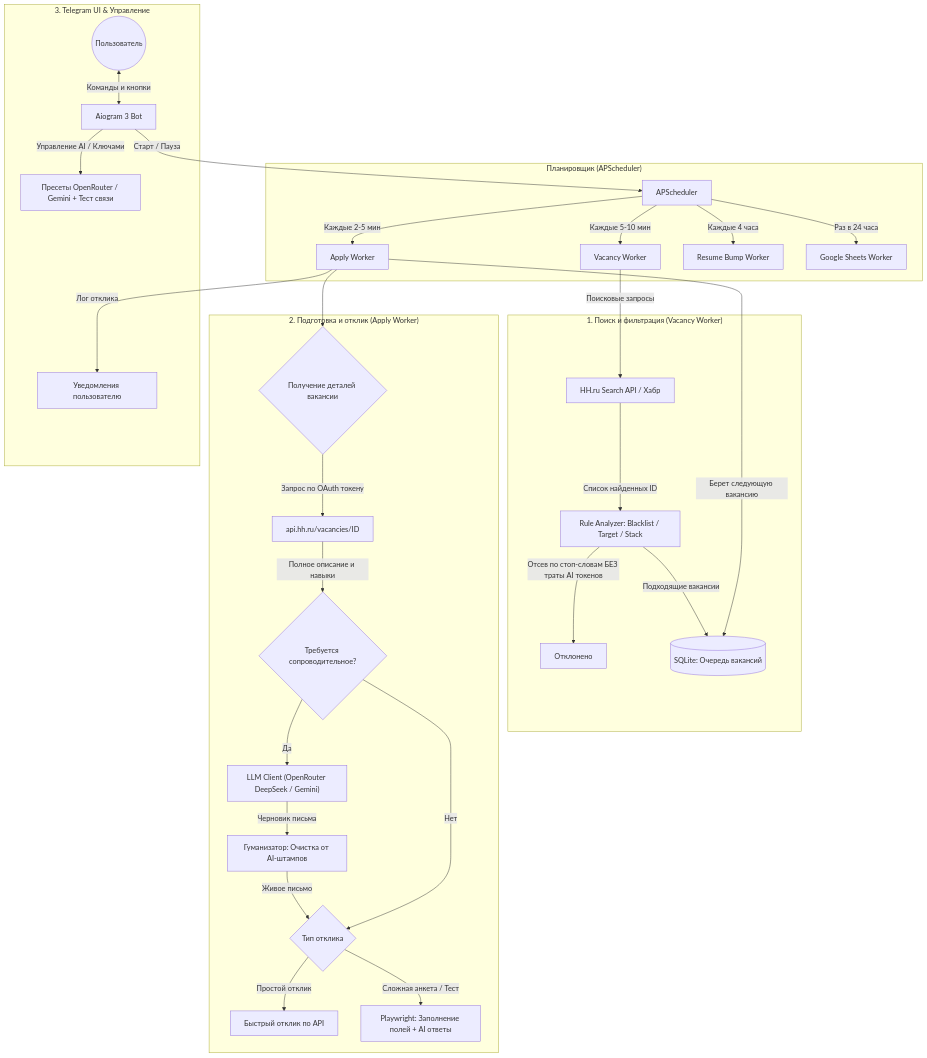
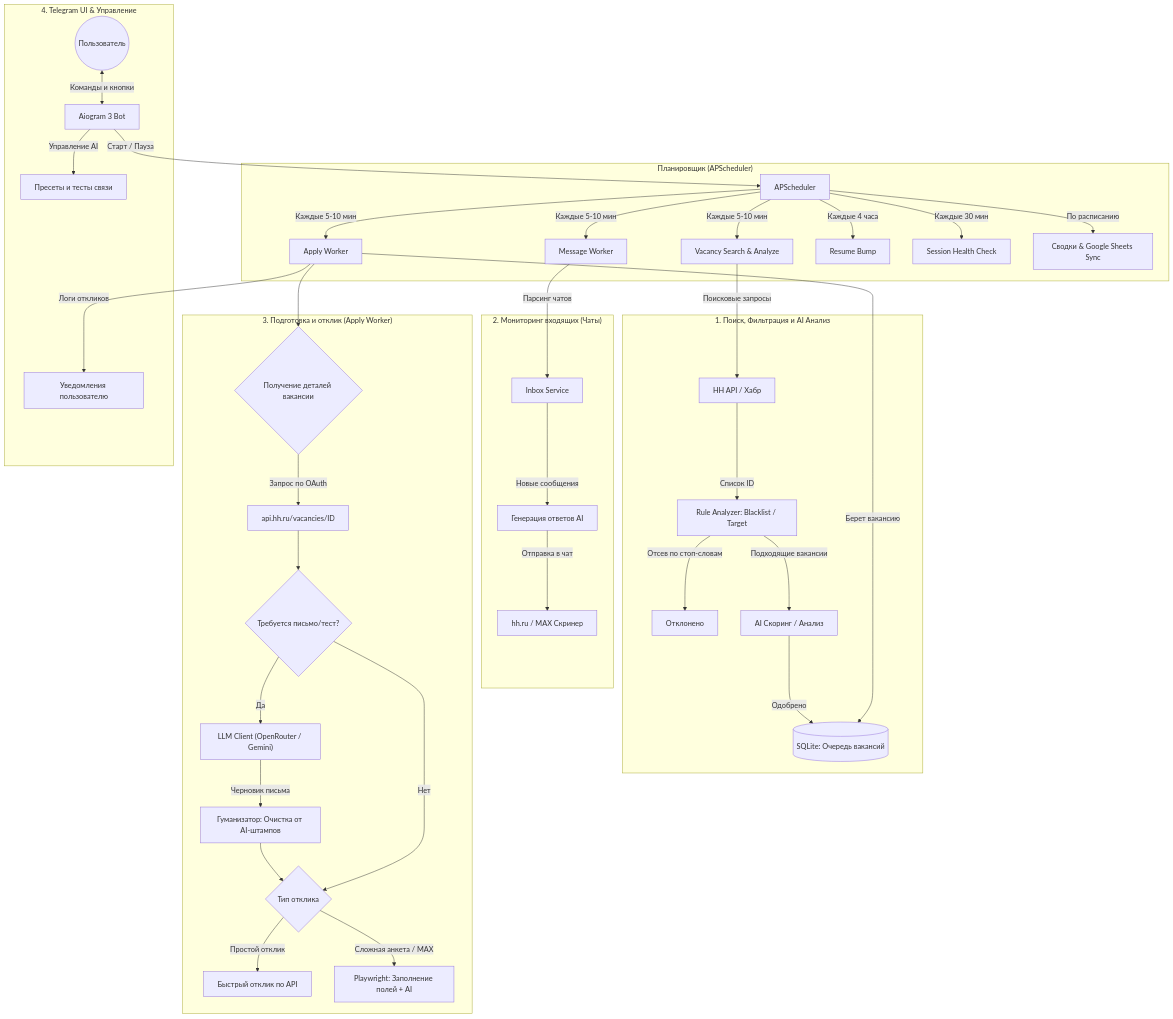
The diagram in ARCHITECTURE.md (silentl0tus/hhbot_autoresponder), drawn with Mermaid before and after one commit. The commit also changed other lines of this file and 10 other files, not shown here.

````diff
--- a/ARCHITECTURE.md
+++ b/ARCHITECTURE.md
@@ -32,38 +33,47 @@
 ```mermaid
 graph TD
     subgraph "Планировщик (APScheduler)"
-        SCHED[APScheduler] -->|Каждые 5-10 мин| VW[Vacancy Worker]
-        SCHED -->|Каждые 2-5 мин| AW[Apply Worker]
-        SCHED -->|Каждые 4 часа| BW[Resume Bump Worker]
-        SCHED -->|Раз в 24 часа| GSW[Google Sheets Worker]
+        SCHED[APScheduler] -->|Каждые 5-10 мин| VW[Vacancy Search & Analyze]
+        SCHED -->|Каждые 5-10 мин| MW[Message Worker]
+        SCHED -->|Каждые 5-10 мин| AW[Apply Worker]
+        SCHED -->|Каждые 4 часа| BW[Resume Bump]
+        SCHED -->|Каждые 30 мин| SESS[Session Health Check]
+        SCHED -->|По расписанию| RPT[Сводки & Google Sheets Sync]
     end
 
-    subgraph "1. Поиск и фильтрация (Vacancy Worker)"
-        VW -->|Поисковые запросы| HH_API["HH.ru Search API / Хабр"]
-        HH_API -->|Список найденных ID| RA[Rule Analyzer: Blacklist / Target / Stack]
-        RA -->|Отсев по стоп-словам БЕЗ траты AI токенов| DROP[Отклонено]
-        RA -->|Подходящие вакансии| DB_QUEUE[(SQLite: Очередь вакансий)]
+    subgraph "1. Поиск, Фильтрация и AI Анализ"
+        VW -->|Поисковые запросы| HH_API["HH API / Хабр"]
+        HH_API -->|Список ID| RA[Rule Analyzer: Blacklist / Target]
+        RA -->|Отсев по стоп-словам| DROP[Отклонено]
+        RA -->|Подходящие вакансии| AI_SCORE[AI Скоринг / Анализ]
+        AI_SCORE -->|Одобрено| DB_QUEUE[(SQLite: Очередь вакансий)]
     end
 
-    subgraph "2. Подготовка и отклик (Apply Worker)"
-        AW -->|Берет следующую вакансию| DB_QUEUE
+    subgraph "2. Мониторинг входящих (Чаты)"
+        MW -->|Парсинг чатов| INBOX[Inbox Service]
+        INBOX -->|Новые сообщения| AI_REPLY[Генерация ответов AI]
+        AI_REPLY -->|Отправка в чат| HH_CHAT[hh.ru / MAX Скринер]
+    end
+
+    subgraph "3. Подготовка и отклик (Apply Worker)"
+        AW -->|Берет вакансию| DB_QUEUE
         AW --> DETAILS{Получение деталей вакансии}
-        DETAILS -->|Запрос по OAuth токену| HH_OAUTH["api.hh.ru/vacancies/ID"]
-        HH_OAUTH -->|Полное описание и навыки| CL_PREP{Требуется сопроводительное?}
+        DETAILS -->|Запрос по OAuth| HH_OAUTH["api.hh.ru/vacancies/ID"]
         
-        CL_PREP -->|Да| LLM_CALL["LLM Client (OpenRouter DeepSeek / Gemini)"]
+        HH_OAUTH --> CL_PREP{Требуется письмо/тест?}
+        CL_PREP -->|Да| LLM_CALL["LLM Client (OpenRouter / Gemini)"]
         LLM_CALL -->|Черновик письма| HUM[Гуманизатор: Очистка от AI-штампов]
-        HUM -->|Живое письмо| APPLY_EXEC{Тип отклика}
+        HUM --> APPLY_EXEC{Тип отклика}
         CL_PREP -->|Нет| APPLY_EXEC
 
         APPLY_EXEC -->|Простой отклик| DIRECT_API["Быстрый отклик по API"]
-        APPLY_EXEC -->|Сложная анкета / Тест| PW[Playwright: Заполнение полей + AI ответы]
+        APPLY_EXEC -->|Сложная анкета / MAX| PW[Playwright: Заполнение полей + AI]
     end
 
-    subgraph "3. Telegram UI & Управление"
-        AW -->|Лог отклика| TG_NOTIF[Уведомления пользователю]
+    subgraph "4. Telegram UI & Управление"
+        AW -->|Логи откликов| TG_NOTIF[Уведомления пользователю]
         USER((Пользователь)) <-->|Команды и кнопки| TG_BOT[Aiogram 3 Bot]
-        TG_BOT -->|Управление AI / Ключами| AI_MGR["Пресеты OpenRouter / Gemini + Тест связи"]
+        TG_BOT -->|Управление AI| AI_MGR["Пресеты и тесты связи"]
         TG_BOT -->|Старт / Пауза| SCHED
     end
 ```
````
